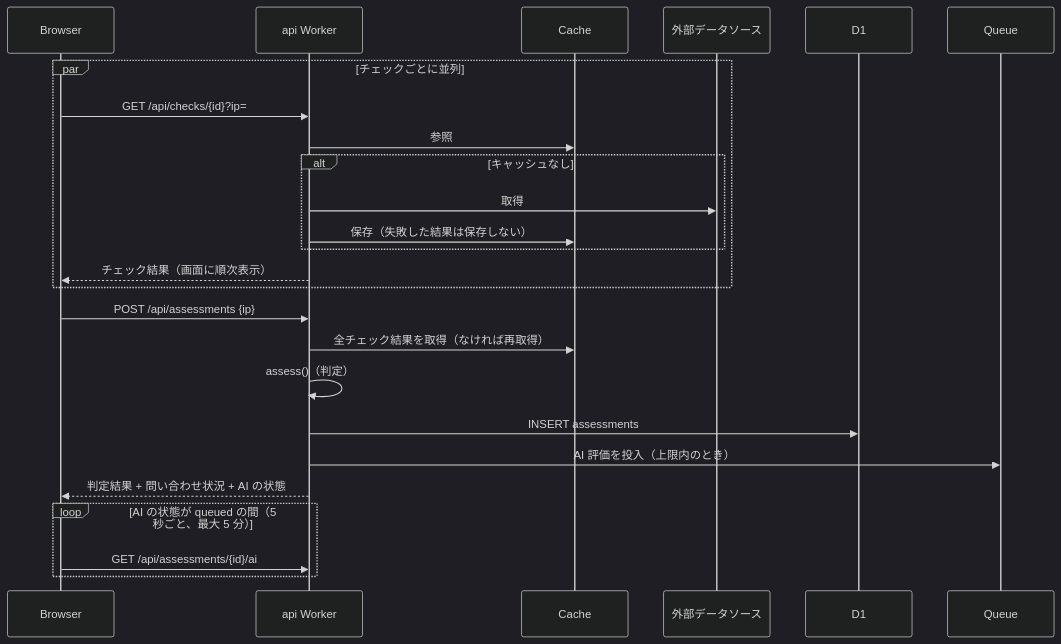
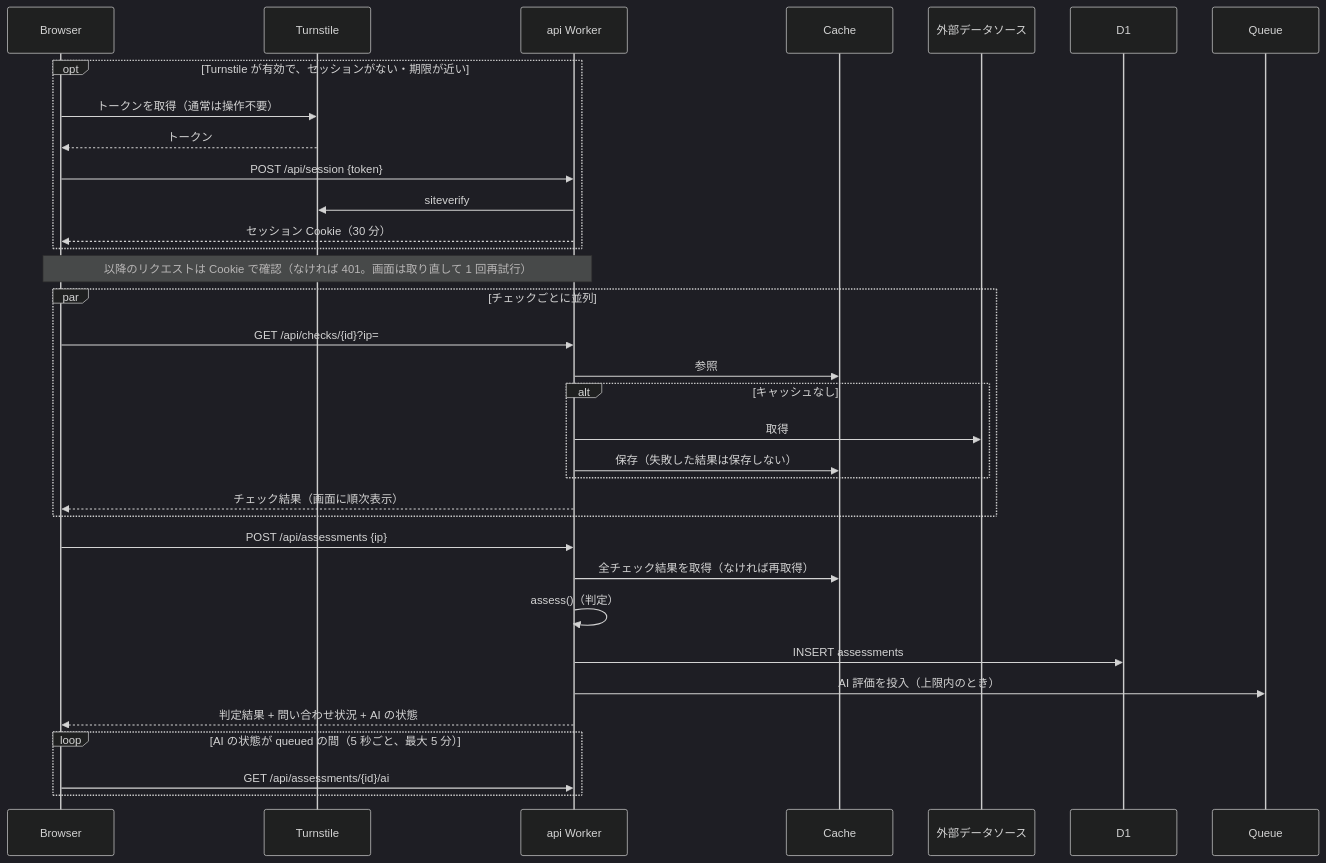
Before and after one commit to yoshihicode/ip-assess-web: the second of 3 diagrams in README.md, drawn with Mermaid (dark theme). The commit also changed other lines of this file and 17 other files, not shown here.

````diff
--- a/README.md
+++ b/README.md
@@ -61,28 +64,37 @@
 ```mermaid
 sequenceDiagram
     participant B as Browser
+    participant T as Turnstile
     participant A as api Worker
     participant C as Cache
     participant X as 外部データソース
     participant D as D1
     participant Q as Queue
 
+    opt Turnstile が有効で、セッションがない・期限が近い
+        B->>T: トークンを取得（通常は操作不要）
+        T-->>B: トークン
+        B->>A: POST /api/session {token}
+        A->>T: siteverify
+        A-->>B: セッション Cookie（30 分）
+    end
+    Note over B,A: 以降のリクエストは Cookie で確認（なければ 401。画面は取り直して 1 回再試行）
     par チェックごとに並列
         B->>A: GET /api/checks/{id}?ip=
         A->>C: 参照
         alt キャッシュなし
             A->>X: 取得
             A->>C: 保存（失敗した結果は保存しない）
         end
         A-->>B: チェック結果（画面に順次表示）
     end
     B->>A: POST /api/assessments {ip}
     A->>C: 全チェック結果を取得（なければ再取得）
     A->>A: assess()（判定）
     A->>D: INSERT assessments
     A->>Q: AI 評価を投入（上限内のとき）
     A-->>B: 判定結果 + 問い合わせ状況 + AI の状態
     loop AI の状態が queued の間（5 秒ごと、最大 5 分）
         B->>A: GET /api/assessments/{id}/ai
     end
 ```
````
